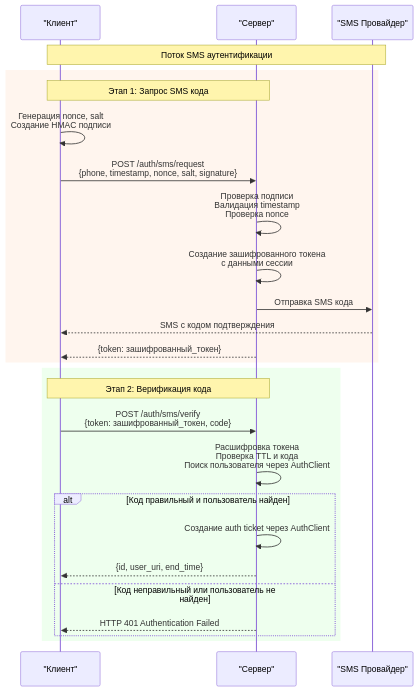
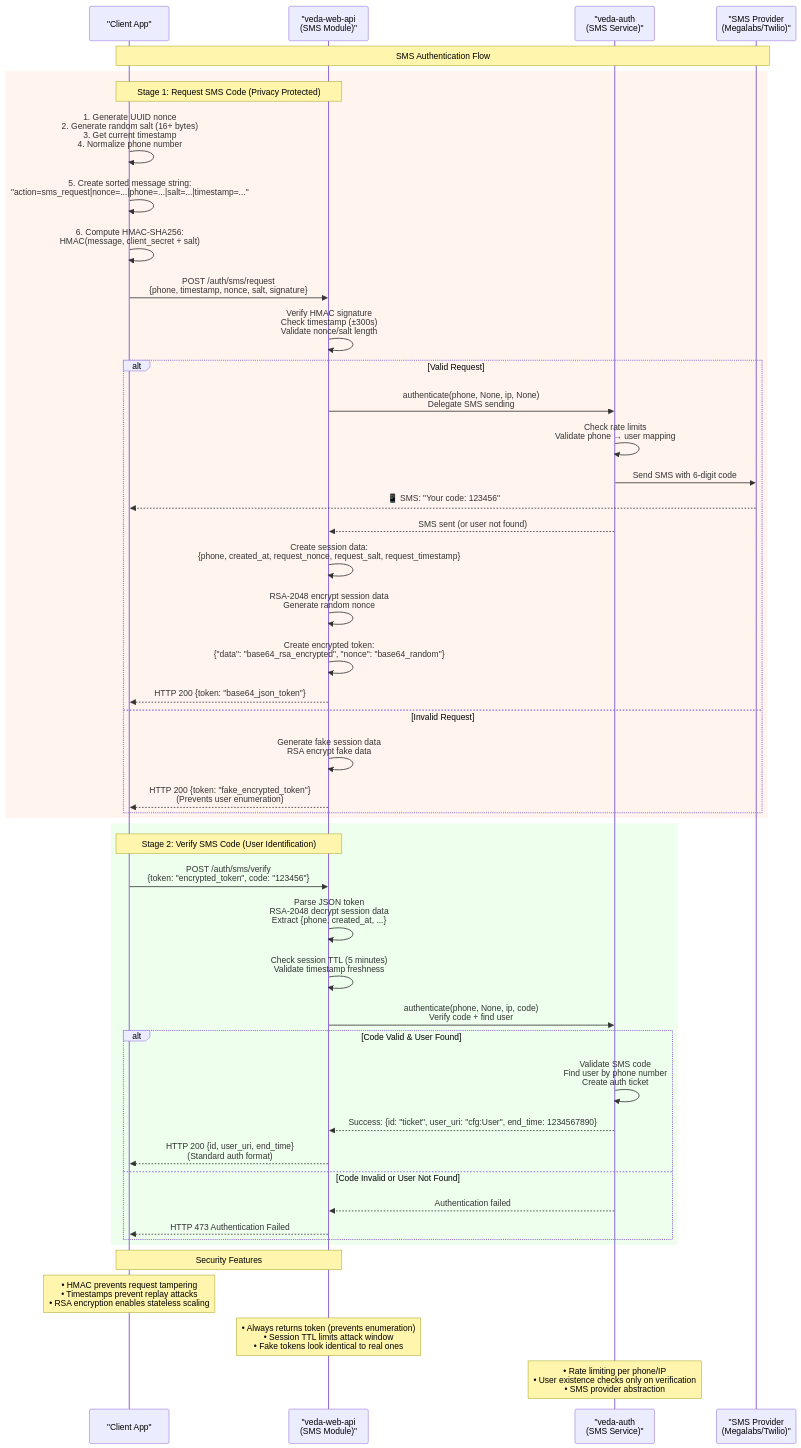
Before and after one commit to semantic-machines/veda-server: the diagram in source/veda-web-api/doc/auth/SMS_FLOW_DIAGRAM.md, drawn with Mermaid. The commit also changed other lines of this file and 6 other files, not shown here.

Commit message:
upd sms auth (2)

````diff
--- a/source/veda-web-api/doc/auth/SMS_FLOW_DIAGRAM.md
+++ b/source/veda-web-api/doc/auth/SMS_FLOW_DIAGRAM.md
@@ -7,33 +7,62 @@
 ```mermaid
 sequenceDiagram
-    participant Client as "Клиент"
-    participant Server as "Сервер" 
-    participant SMS as "SMS Провайдер"
+    participant Client as "Client App"
+    participant WebAPI as "veda-web-api<br/>(SMS Module)" 
+    participant VedaAuth as "veda-auth<br/>(SMS Service)"
+    participant SMSProvider as "SMS Provider<br/>(Megalabs/Twilio)"
     
-    note over Client, SMS: Поток SMS аутентификации
+    note over Client, SMSProvider: SMS Authentication Flow
     
     rect rgb(255, 245, 238)
-        note over Client, Server: Этап 1: Запрос SMS кода
-        Client->>Client: Генерация nonce, salt<br/>Создание HMAC подписи
-        Client->>Server: POST /auth/sms/request<br/>{phone, timestamp, nonce, salt, signature}
+        note over Client, WebAPI: Stage 1: Request SMS Code (Privacy Protected)
         
-        Server->>Server: Проверка подписи<br/>Валидация timestamp<br/>Проверка nonce
-        Server->>Server: Создание зашифрованного токена<br/>с данными сессии
-        Server->>SMS: Отправка SMS кода
-        SMS-->>Client: SMS с кодом подтверждения
-        Server-->>Client: {token: зашифрованный_токен}
+        Client->>Client: 1. Generate UUID nonce<br/>2. Generate random salt (16+ bytes)<br/>3. Get current timestamp<br/>4. Normalize phone number
+        Client->>Client: 5. Create sorted message string:<br/>"action=sms_request|nonce=...|phone=...|salt=...|timestamp=..."
+        Client->>Client: 6. Compute HMAC-SHA256:<br/>HMAC(message, client_secret + salt)
+        
+        Client->>WebAPI: POST /auth/sms/request<br/>{phone, timestamp, nonce, salt, signature}
+        
+        WebAPI->>WebAPI: Verify HMAC signature<br/>Check timestamp (±300s)<br/>Validate nonce/salt length
+        
+        alt Valid Request
+            WebAPI->>VedaAuth: authenticate(phone, None, ip, None)<br/>Delegate SMS sending
+            VedaAuth->>VedaAuth: Check rate limits<br/>Validate phone → user mapping
+            VedaAuth->>SMSProvider: Send SMS with 6-digit code
+            SMSProvider-->>Client: 📱 SMS: "Your code: 123456"
+            VedaAuth-->>WebAPI: SMS sent (or user not found)
+            
+            WebAPI->>WebAPI: Create session data:<br/>{phone, created_at, request_nonce, request_salt, request_timestamp}
+            WebAPI->>WebAPI: RSA-2048 encrypt session data<br/>Generate random nonce
+            WebAPI->>WebAPI: Create encrypted token:<br/>{"data": "base64_rsa_encrypted", "nonce": "base64_random"}
+            WebAPI-->>Client: HTTP 200 {token: "base64_json_token"}
+        else Invalid Request  
+            WebAPI->>WebAPI: Generate fake session data<br/>RSA encrypt fake data
+            WebAPI-->>Client: HTTP 200 {token: "fake_encrypted_token"}<br/>(Prevents user enumeration)
+        end
     end
     
     rect rgb(238, 255, 238)
-        note over Client, Server: Этап 2: Верификация кода
-        Client->>Server: POST /auth/sms/verify<br/>{token: зашифрованный_токен, code}
+        note over Client, WebAPI: Stage 2: Verify SMS Code (User Identification)
         
-        Server->>Server: Расшифровка токена<br/>Проверка TTL и кода<br/>Поиск пользователя через AuthClient
-        alt Код правильный и пользователь найден
-            Server->>Server: Создание auth ticket через AuthClient
-            Server-->>Client: {id, user_uri, end_time}
-        else Код неправильный или пользователь не найден
-            Server-->>Client: HTTP 401 Authentication Failed
+        Client->>WebAPI: POST /auth/sms/verify<br/>{token: "encrypted_token", code: "123456"}
+        
+        WebAPI->>WebAPI: Parse JSON token<br/>RSA-2048 decrypt session data<br/>Extract {phone, created_at, ...}
+        WebAPI->>WebAPI: Check session TTL (5 minutes)<br/>Validate timestamp freshness
+        
+        WebAPI->>VedaAuth: authenticate(phone, None, ip, code)<br/>Verify code + find user
+        
+        alt Code Valid & User Found
+            VedaAuth->>VedaAuth: Validate SMS code<br/>Find user by phone number<br/>Create auth ticket
+            VedaAuth-->>WebAPI: Success: {id: "ticket", user_uri: "cfg:User", end_time: 1234567890}
+            WebAPI-->>Client: HTTP 200 {id, user_uri, end_time}<br/>(Standard auth format)
+        else Code Invalid or User Not Found
+            VedaAuth-->>WebAPI: Authentication failed
+            WebAPI-->>Client: HTTP 473 Authentication Failed
         end
     end
+    
+    note over Client, WebAPI: Security Features
+    note over Client: • HMAC prevents request tampering<br/>• Timestamps prevent replay attacks<br/>• RSA encryption enables stateless scaling
+    note over WebAPI: • Always returns token (prevents enumeration)<br/>• Session TTL limits attack window<br/>• Fake tokens look identical to real ones
+    note over VedaAuth: • Rate limiting per phone/IP<br/>• User existence checks only on verification<br/>• SMS provider abstraction
 ```
````
